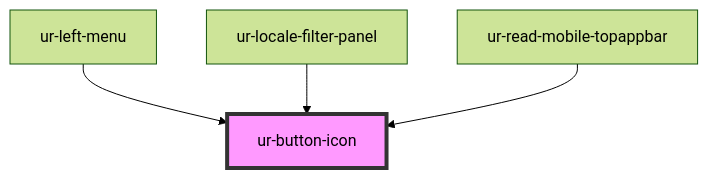
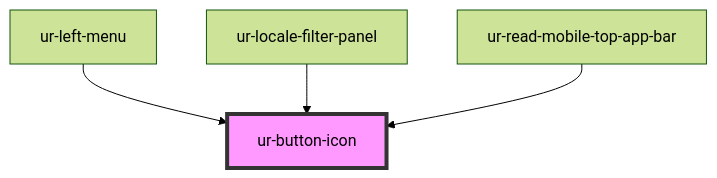
Before and after one commit to hellish/urnovl-web-components: the diagram in src/components/ur-button-icon/readme.md, drawn with Mermaid (forest theme). The commit also changed other lines of this file and 113 other files, not shown here.

````diff
--- a/src/components/ur-button-icon/readme.md
+++ b/src/components/ur-button-icon/readme.md
@@ -29,7 +29,7 @@
 ```mermaid
 graph TD;
   ur-left-menu --> ur-button-icon
   ur-locale-filter-panel --> ur-button-icon
-  ur-read-mobile-topappbar --> ur-button-icon
+  ur-read-mobile-top-app-bar --> ur-button-icon
   style ur-button-icon fill:#f9f,stroke:#333,stroke-width:4px
 ```
````
